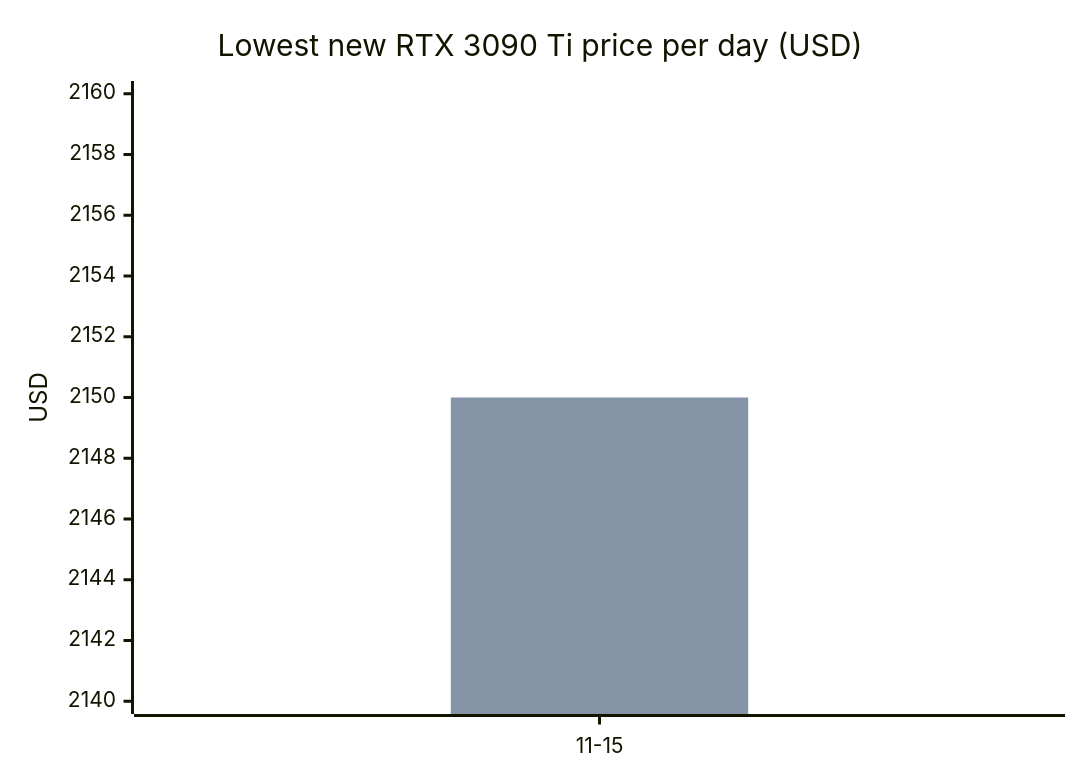
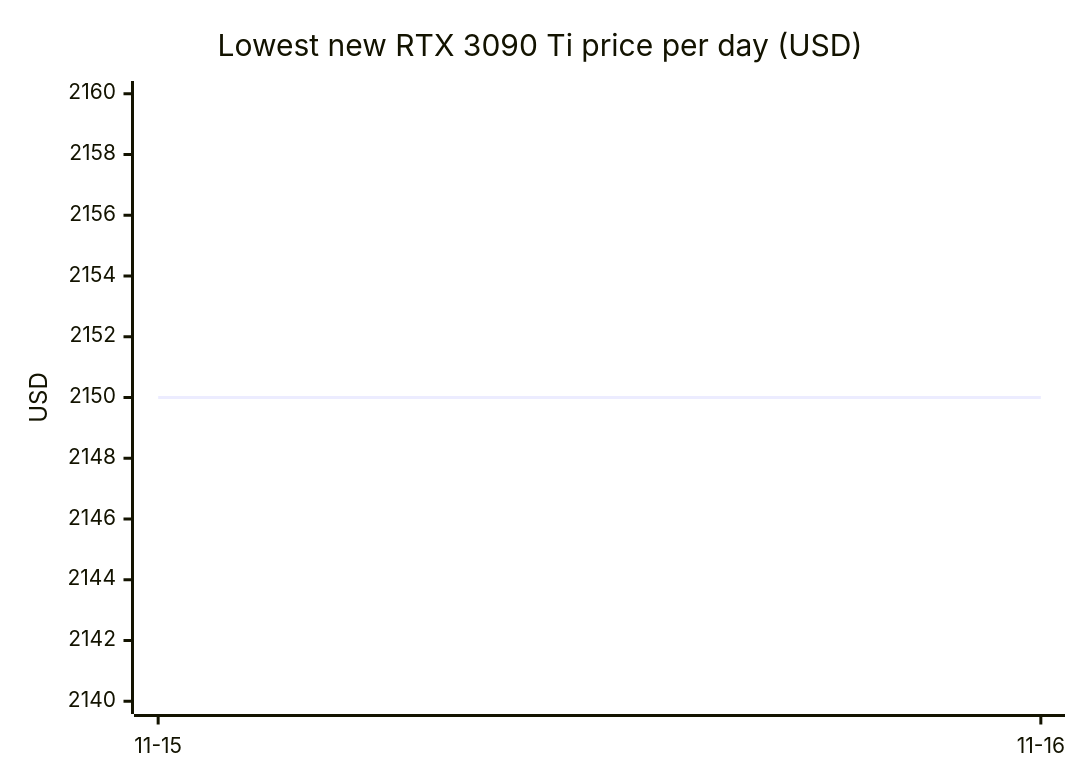
The eighth of 16 diagrams in README.md (7324136828/4tb_ssd_price_watch), drawn with Mermaid before and after one commit. The commit also changed other lines of this file, not shown here.

````diff
--- a/README.md
+++ b/README.md
@@ -362,8 +425,7 @@
 ```mermaid
 xychart-beta
     title "Lowest new RTX 3090 Ti price per day (USD)"
-    x-axis ["11-15"]
+    x-axis ["11-15", "11-16"]
     y-axis "USD" 2140 --> 2160
-    line [2150.00]
-    bar [2150.00]
+    line [2150.00, 2150.00]
 ```
````
